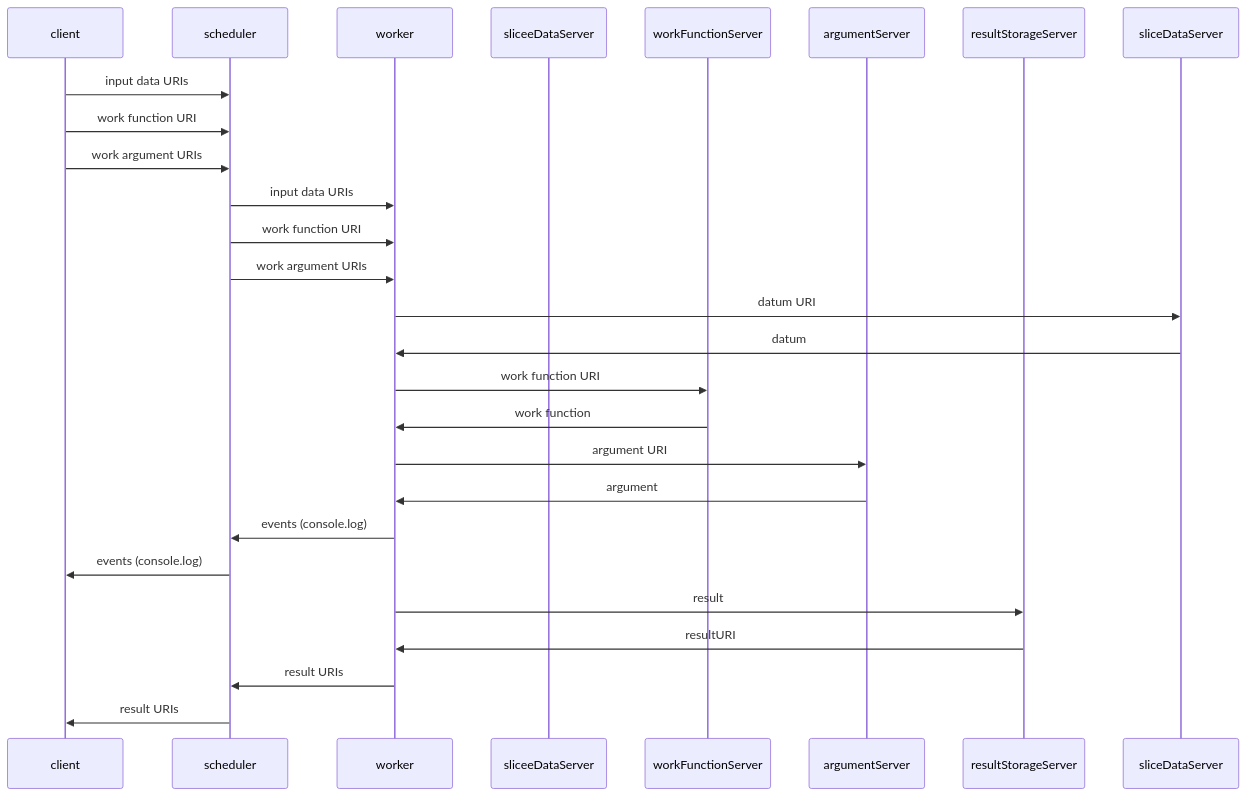
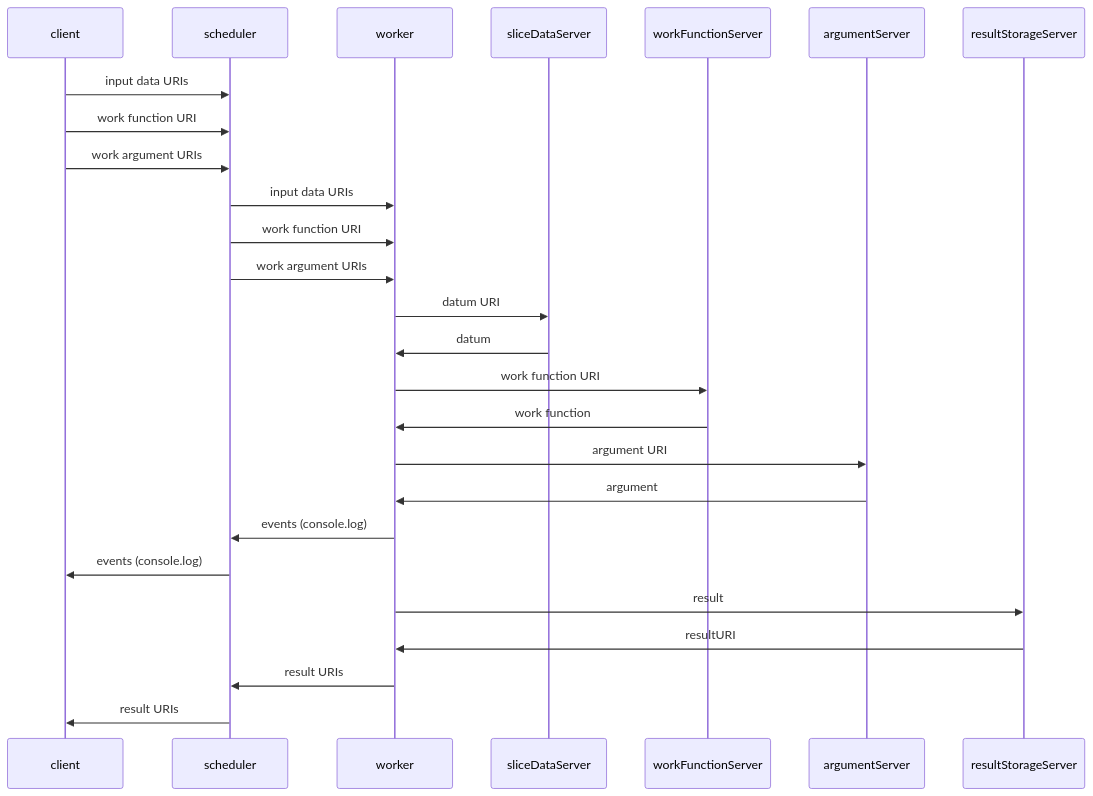
One commit to kharazian/dcp-rds changed the diagram in README.md. Above: the diagram before and after it, drawn with Mermaid.

Commit message:
Fix typo in readme.

````diff
--- a/README.md
+++ b/README.md
@@ -193,36 +193,36 @@
 ```mermaid
 sequenceDiagram 
 participant client
 participant scheduler
 participant worker
-participant sliceeDataServer
+participant sliceDataServer
 participant workFunctionServer
 participant argumentServer
 participant resultStorageServer
 
 client ->> scheduler: input data URIs
 client ->> scheduler: work function URI
 client ->> scheduler: work argument URIs
 
 scheduler ->> worker: input data URIs
 scheduler ->> worker: work function URI
 scheduler ->> worker: work argument URIs
 
 worker ->> sliceDataServer: datum URI
 sliceDataServer ->> worker: datum
 
 worker ->> workFunctionServer: work function URI
 workFunctionServer ->> worker: work function
 
 worker ->> argumentServer: argument URI
 argumentServer ->> worker: argument
 
 worker ->> scheduler: events (console.log)
 scheduler ->> client: events (console.log)
 
 worker ->> resultStorageServer: result
 resultStorageServer ->> worker: resultURI
 worker ->> scheduler: result URIs
 scheduler ->> client: result URIs
 
 ```
````
